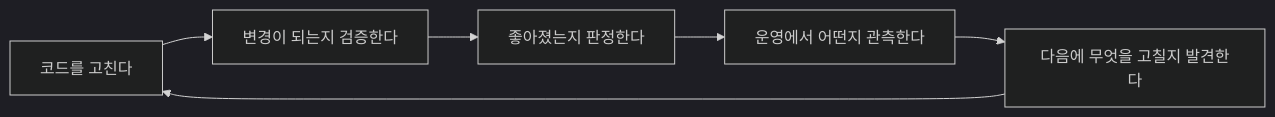
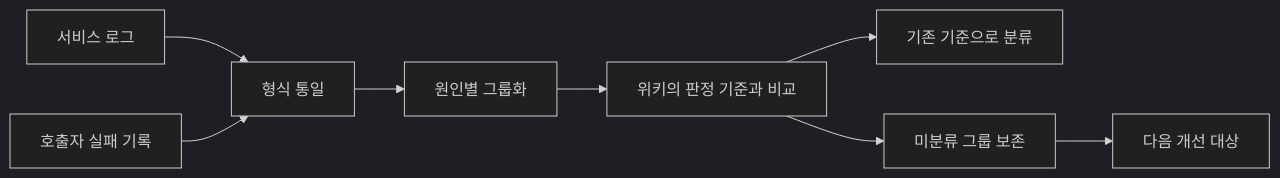
The diagram in task/ai-service-team/observability-to-error-triage-loop.md (jon890/fos-study), drawn with Mermaid (dark theme) before and after one commit. The commit also changed other lines of this file and 2 other files, not shown here.

````diff
--- a/task/ai-service-team/observability-to-error-triage-loop.md
+++ b/task/ai-service-team/observability-to-error-triage-loop.md
@@ -43,8 +48,10 @@
 ```mermaid
 flowchart LR
-    A[코드를 고친다] --> B[변경이 되는지 검증한다]
-    B --> C[좋아졌는지 판정한다]
-    C --> D[운영에서 어떤지 관측한다]
-    D --> E[다음에 무엇을 고칠지 발견한다]
-    E --> A
+    A[서비스 로그] --> C[형식 통일]
+    B[호출자 실패 기록] --> C
+    C --> D[원인별 그룹화]
+    D --> E[위키의 판정 기준과 비교]
+    E --> F[기존 기준으로 분류]
+    E --> G[미분류 그룹 보존]
+    G --> H[다음 개선 대상]
 ```
````
